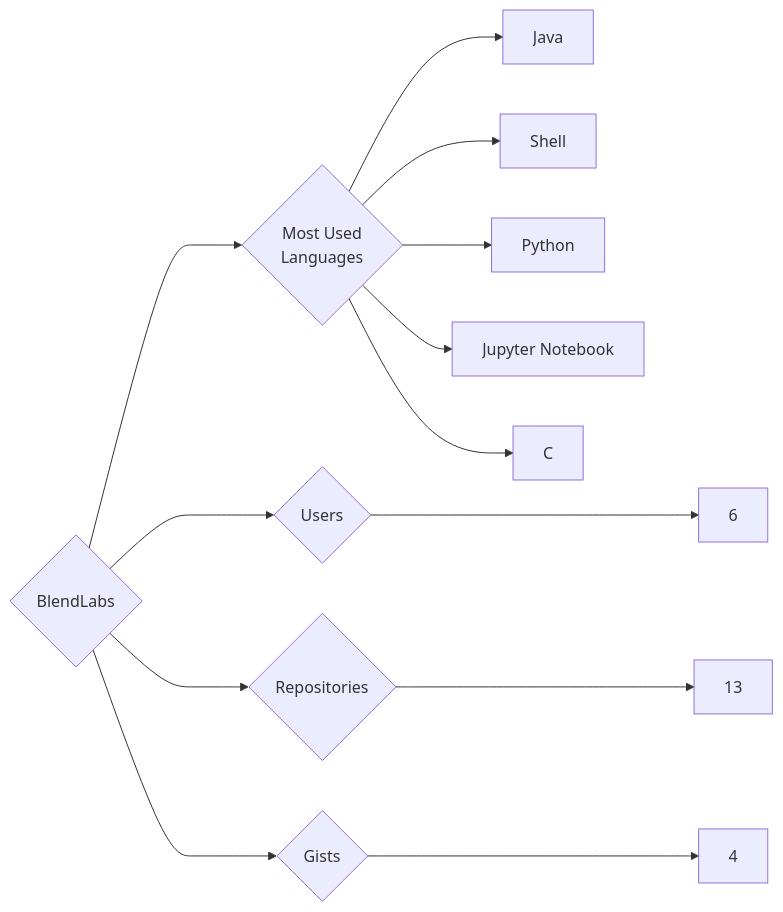
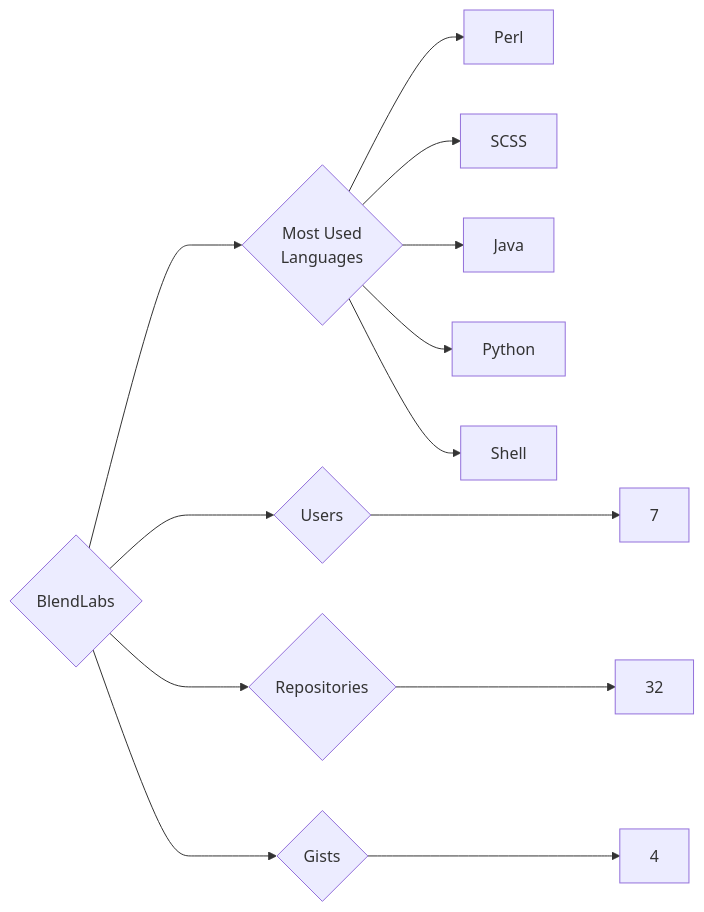
One commit to trickest/insiders changed the diagram in targets/BlendLabs/README.md. Above: the diagram before and after it, drawn with Mermaid. The commit also changed 1088 other files, not shown here.

````diff
--- a/targets/BlendLabs/README.md
+++ b/targets/BlendLabs/README.md
@@ -3,13 +3,13 @@
 ```mermaid
 graph LR
 COMPANY_NAME{BlendLabs}
-COMPANY_NAME ---> U{Users} ---> UN[6]
-COMPANY_NAME ---> R{Repositories} ---> RN[13]
+COMPANY_NAME ---> U{Users} ---> UN[7]
+COMPANY_NAME ---> R{Repositories} ---> RN[32]
 COMPANY_NAME ---> G{Gists} ---> GN[4]
 COMPANY_NAME ---> ML{Most Used<br>Languages}
+ML --> Perl[Perl]
+ML --> SCSS[SCSS]
 ML --> Java[Java]
+ML --> Python[Python]
 ML --> Shell[Shell]
-ML --> Python[Python]
-ML --> Jupyter_Notebook[Jupyter Notebook]
-ML --> C[C]
 ```
````
